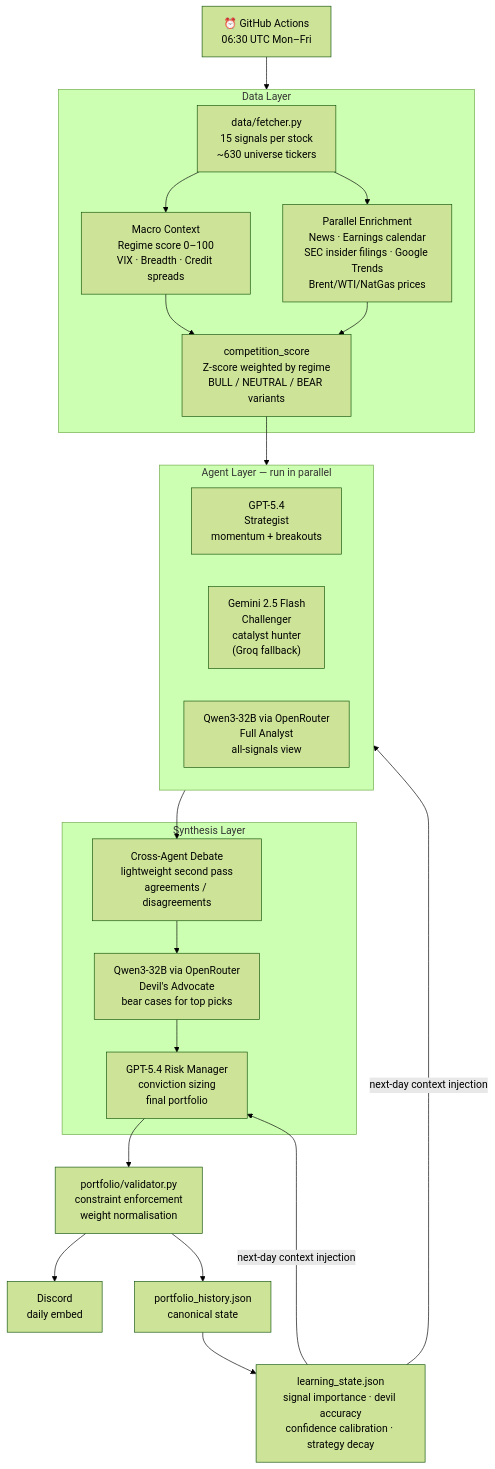
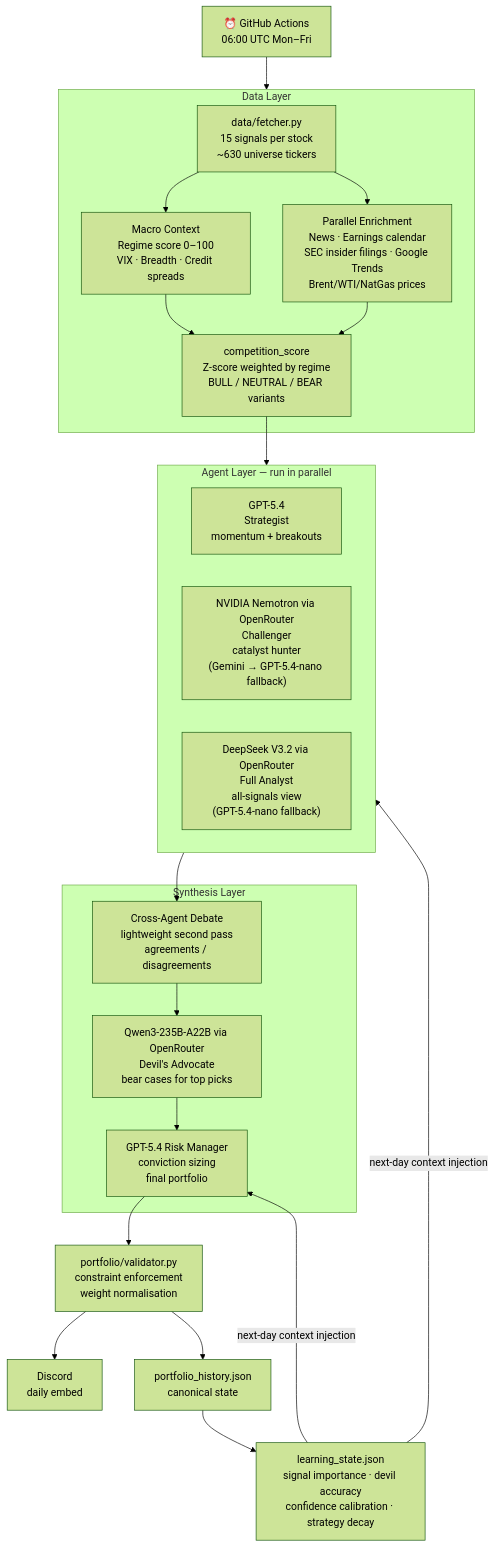
One commit to murairam/investeerimismang changed the first of 2 diagrams in README.md. Above: the diagram before and after it, drawn with Mermaid (forest theme). The commit also changed other lines of this file and 20 other files, not shown here.

First line of the commit message:
Update Challenger model to paid Nvidia variant and correct all API costs

````diff
--- a/README.md
+++ b/README.md
@@ -126,40 +128,40 @@
 ```mermaid
 flowchart TD
-    GHA["⏰ GitHub Actions\n06:30 UTC Mon–Fri"]
+    GHA["⏰ GitHub Actions\n06:00 UTC Mon–Fri"]
 
     subgraph DATA["Data Layer"]
         FETCH["data/fetcher.py\n15 signals per stock\n~630 universe tickers"]
         MACRO["Macro Context\nRegime score 0–100\nVIX · Breadth · Credit spreads"]
         ENRICH["Parallel Enrichment\nNews · Earnings calendar\nSEC insider filings · Google Trends\nBrent/WTI/NatGas prices"]
         SCORE["competition_score\nZ-score weighted by regime\nBULL / NEUTRAL / BEAR variants"]
         FETCH --> MACRO
         FETCH --> ENRICH
         MACRO & ENRICH --> SCORE
     end
 
     subgraph AGENTS["Agent Layer — run in parallel"]
         S["GPT-5.4\nStrategist\nmomentum + breakouts"]
-        G["Gemini 2.5 Flash\nChallenger\ncatalyst hunter\n(Groq fallback)"]
-        F["Qwen3-32B via OpenRouter\nFull Analyst\nall-signals view"]
+      G["NVIDIA Nemotron via OpenRouter\nChallenger\ncatalyst hunter\n(Gemini → GPT-5.4-nano fallback)"]
+      F["DeepSeek V3.2 via OpenRouter\nFull Analyst\nall-signals view\n(GPT-5.4-nano fallback)"]
     end
 
     subgraph SYNTHESIS["Synthesis Layer"]
         DEBATE["Cross-Agent Debate\nlightweight second pass\nagreements / disagreements"]
-        DEVIL["Qwen3-32B via OpenRouter\nDevil's Advocate\nbear cases for top picks"]
+        DEVIL["Qwen3-235B-A22B via OpenRouter\nDevil's Advocate\nbear cases for top picks"]
         RM["GPT-5.4 Risk Manager\nconviction sizing\nfinal portfolio"]
     end
 
     GHA --> DATA
     SCORE --> AGENTS
     AGENTS --> DEBATE
     DEBATE --> DEVIL
     DEVIL --> RM
 
     RM --> VAL["portfolio/validator.py\nconstraint enforcement\nweight normalisation"]
     VAL --> DISCORD["Discord\ndaily embed"]
     VAL --> HIST["portfolio_history.json\ncanonical state"]
 
     HIST --> LEARN["learning_state.json\nsignal importance · devil accuracy\nconfidence calibration · strategy decay"]
     LEARN -->|"next-day context injection"| AGENTS
     LEARN -->|"next-day context injection"| RM
 ```
````
